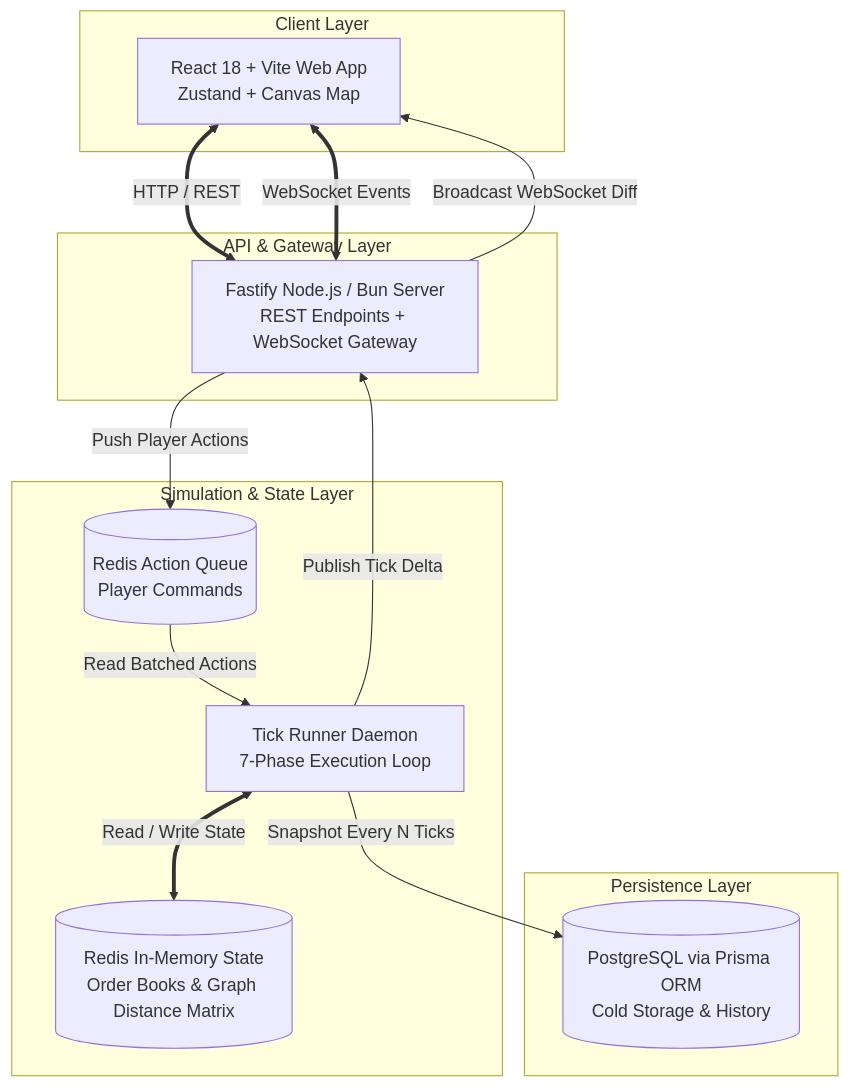
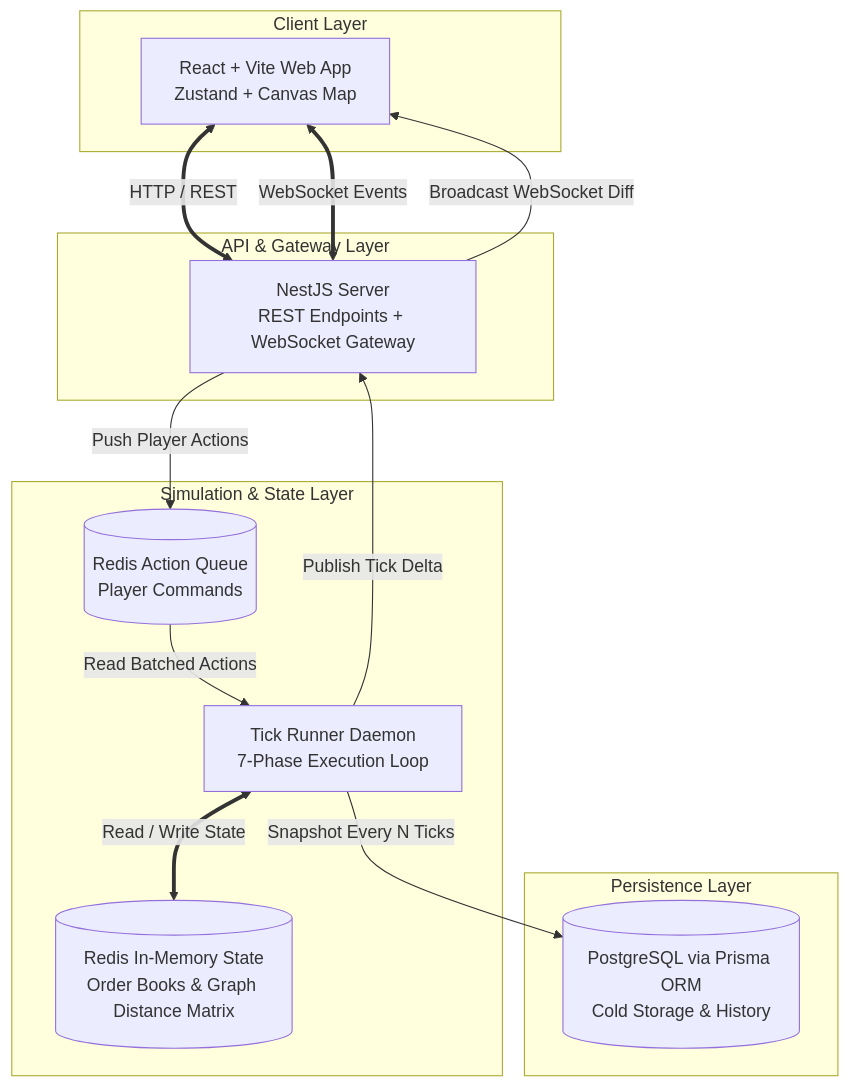
One commit to dmitrij-borchuk/economicSim changed the diagram in docs/technical-architecture/system-design-overview.md. Above: the diagram before and after it, drawn with Mermaid. The commit also changed other lines of this file and 2 other files, not shown here.

Commit message:
docs: updated system design, and UI design documentation for economic simulator

````diff
--- a/docs/technical-architecture/system-design-overview.md
+++ b/docs/technical-architecture/system-design-overview.md
@@ -28,29 +28,29 @@
 ```mermaid
 graph TD
     subgraph Client Layer
-        WebClient[React 18 + Vite Web App<br>Zustand + Canvas Map]
+        WebClient[React + Vite Web App<br>Zustand + Canvas Map]
     end
 
     subgraph API & Gateway Layer
-        FastifyServer[Fastify Node.js / Bun Server<br>REST Endpoints + WebSocket Gateway]
+        Server[NestJS Server<br>REST Endpoints + WebSocket Gateway]
     end
 
     subgraph Simulation & State Layer
         ActionQueue[(Redis Action Queue<br>Player Commands)]
         TickRunner[Tick Runner Daemon<br>7-Phase Execution Loop]
         RedisState[(Redis In-Memory State<br>Order Books & Graph Distance Matrix)]
     end
 
     subgraph Persistence Layer
         Postgres[(PostgreSQL via Prisma ORM<br>Cold Storage & History)]
     end
 
-    WebClient <== HTTP / REST ==> FastifyServer
-    WebClient <== WebSocket Events ==> FastifyServer
-    FastifyServer -->|Push Player Actions| ActionQueue
+    WebClient <== HTTP / REST ==> Server
+    WebClient <== WebSocket Events ==> Server
+    Server -->|Push Player Actions| ActionQueue
     ActionQueue -->|Read Batched Actions| TickRunner
     TickRunner <== Read / Write State ==> RedisState
     TickRunner -->|Snapshot Every N Ticks| Postgres
-    TickRunner -->|Publish Tick Delta| FastifyServer
-    FastifyServer -->|Broadcast WebSocket Diff| WebClient
+    TickRunner -->|Publish Tick Delta| Server
+    Server -->|Broadcast WebSocket Diff| WebClient
 ```
````
